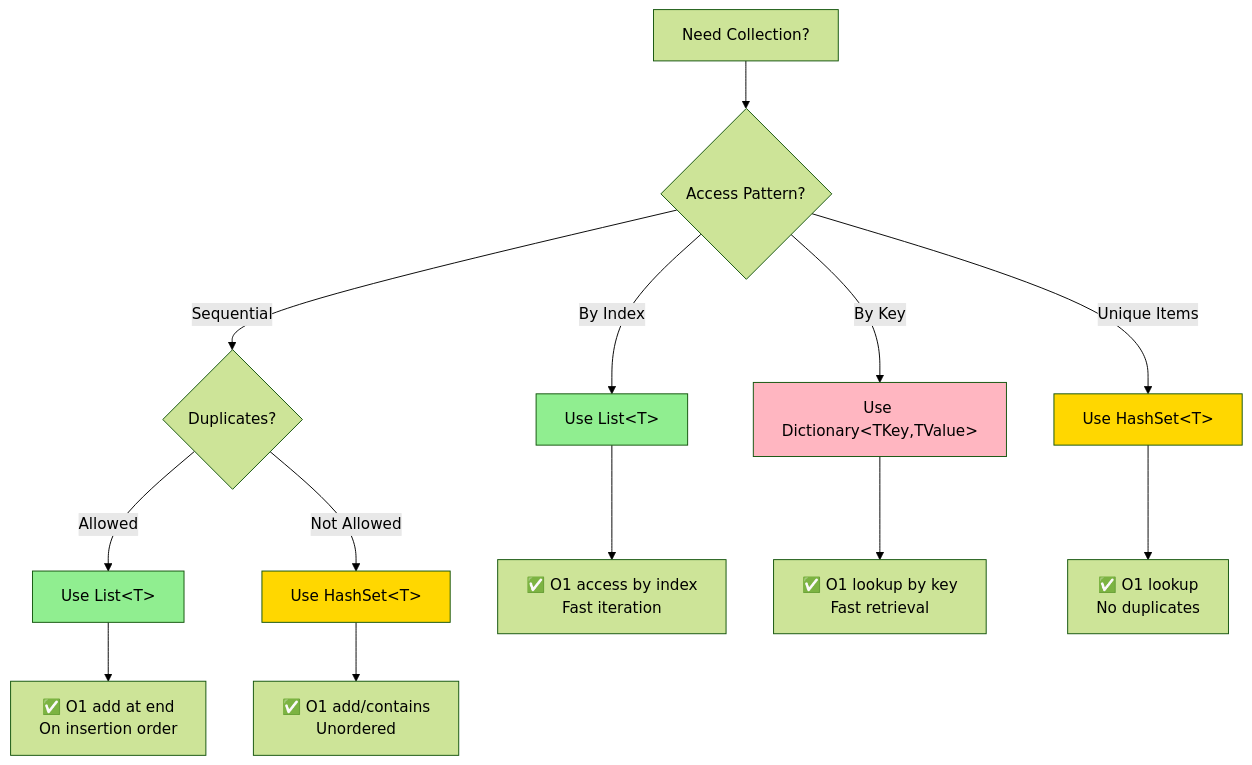
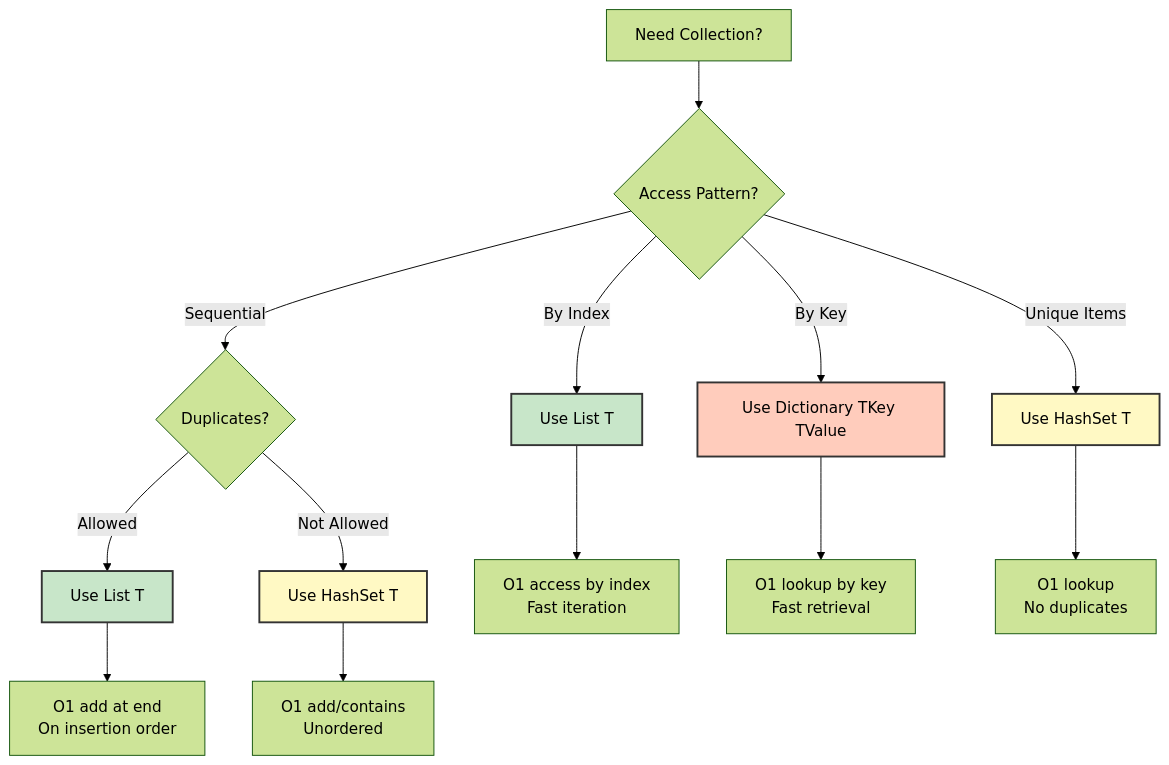
The second of 4 diagrams in C# fundamentals/day07-collections.md (NguyenPhamCode4You/ai-home-lab-docker-compose), drawn with Mermaid (forest theme) before and after one commit. The commit also changed other lines of this file and 10 other files, not shown here.

````diff
--- a/C# fundamentals/day07-collections.md
+++ b/C# fundamentals/day07-collections.md
@@ -42,24 +42,24 @@
 ```mermaid
 graph TD
     A[Need Collection?] --> B{Access Pattern?}
 
     B -->|Sequential| C{Duplicates?}
-    B -->|By Index| D[Use List&lt;T&gt;]
-    B -->|By Key| E[Use Dictionary&lt;TKey,TValue&gt;]
-    B -->|Unique Items| F[Use HashSet&lt;T&gt;]
+    B -->|By Index| D[Use List T]
+    B -->|By Key| E[Use Dictionary TKey TValue]
+    B -->|Unique Items| F[Use HashSet T]
 
-    C -->|Allowed| G[Use List&lt;T&gt;]
-    C -->|Not Allowed| H[Use HashSet&lt;T&gt;]
+    C -->|Allowed| G[Use List T]
+    C -->|Not Allowed| H[Use HashSet T]
 
-    D --> D1[✅ O1 access by index<br/>Fast iteration]
-    E --> E1[✅ O1 lookup by key<br/>Fast retrieval]
-    F --> F1[✅ O1 lookup<br/>No duplicates]
-    G --> G1[✅ O1 add at end<br/>On insertion order]
-    H --> H1[✅ O1 add/contains<br/>Unordered]
+    D --> D1[O1 access by index<br/>Fast iteration]
+    E --> E1[O1 lookup by key<br/>Fast retrieval]
+    F --> F1[O1 lookup<br/>No duplicates]
+    G --> G1[O1 add at end<br/>On insertion order]
+    H --> H1[O1 add/contains<br/>Unordered]
 
-    style D fill:#90EE90
-    style E fill:#FFB6C1
-    style F fill:#FFD700
-    style G fill:#90EE90
-    style H fill:#FFD700
+    style D fill:#c8e6c9,stroke:#333,stroke-width:2px
+    style E fill:#ffccbc,stroke:#333,stroke-width:2px
+    style F fill:#fff9c4,stroke:#333,stroke-width:2px
+    style G fill:#c8e6c9,stroke:#333,stroke-width:2px
+    style H fill:#fff9c4,stroke:#333,stroke-width:2px
 ```
````
